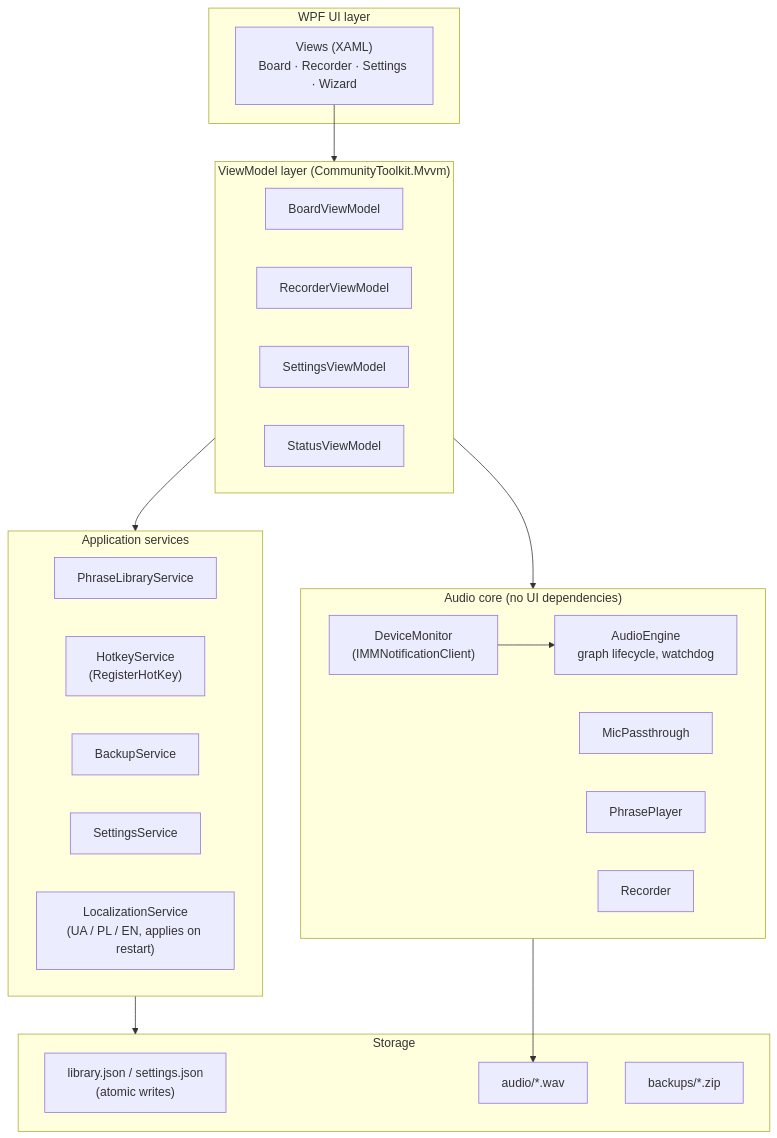
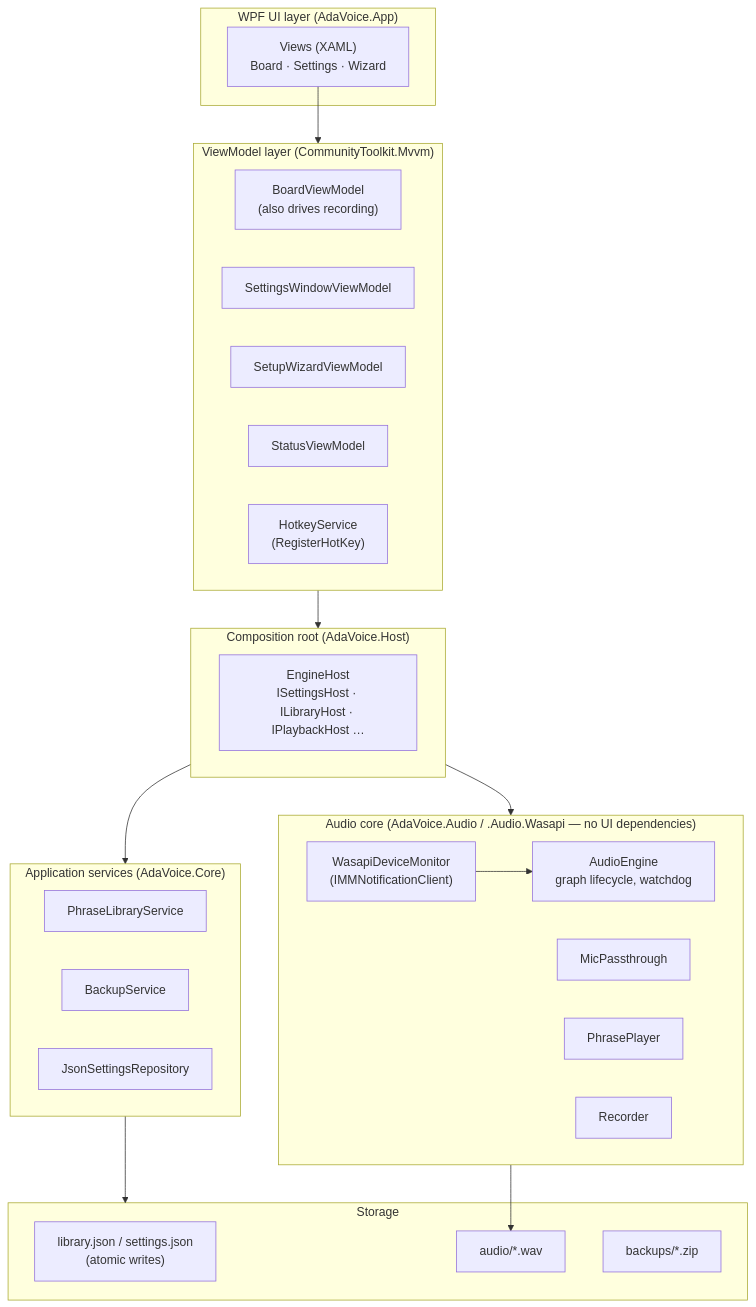
The diagram in docs/design/03-architecture.md (olehserv/ada-voice), drawn with Mermaid before and after one commit. The commit also changed other lines of this file and 48 other files, not shown here.

````diff
--- a/docs/design/03-architecture.md
+++ b/docs/design/03-architecture.md
@@ -7,37 +7,40 @@
 ```mermaid
 flowchart TB
-    subgraph UI["WPF UI layer"]
-        V["Views (XAML)<br/>Board · Recorder · Settings · Wizard"]
+    subgraph UI["WPF UI layer (AdaVoice.App)"]
+        V["Views (XAML)<br/>Board · Settings · Wizard"]
     end
     subgraph VM["ViewModel layer (CommunityToolkit.Mvvm)"]
-        BVM["BoardViewModel"]
-        RVM["RecorderViewModel"]
-        SVM["SettingsViewModel"]
+        BVM["BoardViewModel<br/>(also drives recording)"]
+        SVM["SettingsWindowViewModel"]
+        WVM["SetupWizardViewModel"]
         STVM["StatusViewModel"]
+        HOT["HotkeyService<br/>(RegisterHotKey)"]
     end
-    subgraph SVC["Application services"]
+    subgraph HOST["Composition root (AdaVoice.Host)"]
+        EH["EngineHost<br/>ISettingsHost · ILibraryHost · IPlaybackHost …"]
+    end
+    subgraph SVC["Application services (AdaVoice.Core)"]
         LIB["PhraseLibraryService"]
-        HOT["HotkeyService<br/>(RegisterHotKey)"]
         BAK["BackupService"]
-        SET["SettingsService"]
-        LOC["LocalizationService<br/>(UA / PL / EN, applies on restart)"]
+        SET["JsonSettingsRepository"]
     end
-    subgraph CORE["Audio core (no UI dependencies)"]
+    subgraph CORE["Audio core (AdaVoice.Audio / .Audio.Wasapi — no UI dependencies)"]
         ENG["AudioEngine<br/>graph lifecycle, watchdog"]
         PASS["MicPassthrough"]
         PLAY["PhrasePlayer"]
         REC["Recorder"]
-        DEV["DeviceMonitor<br/>(IMMNotificationClient)"]
+        DEV["WasapiDeviceMonitor<br/>(IMMNotificationClient)"]
     end
     subgraph STORE["Storage"]
         JSON["library.json / settings.json<br/>(atomic writes)"]
         WAV["audio/*.wav"]
         ZIP["backups/*.zip"]
     end
 
-    V --> VM --> SVC
-    VM --> CORE
+    V --> VM --> HOST
+    HOST --> SVC
+    HOST --> CORE
     SVC --> STORE
     CORE --> WAV
     DEV --> ENG
 ```
````
